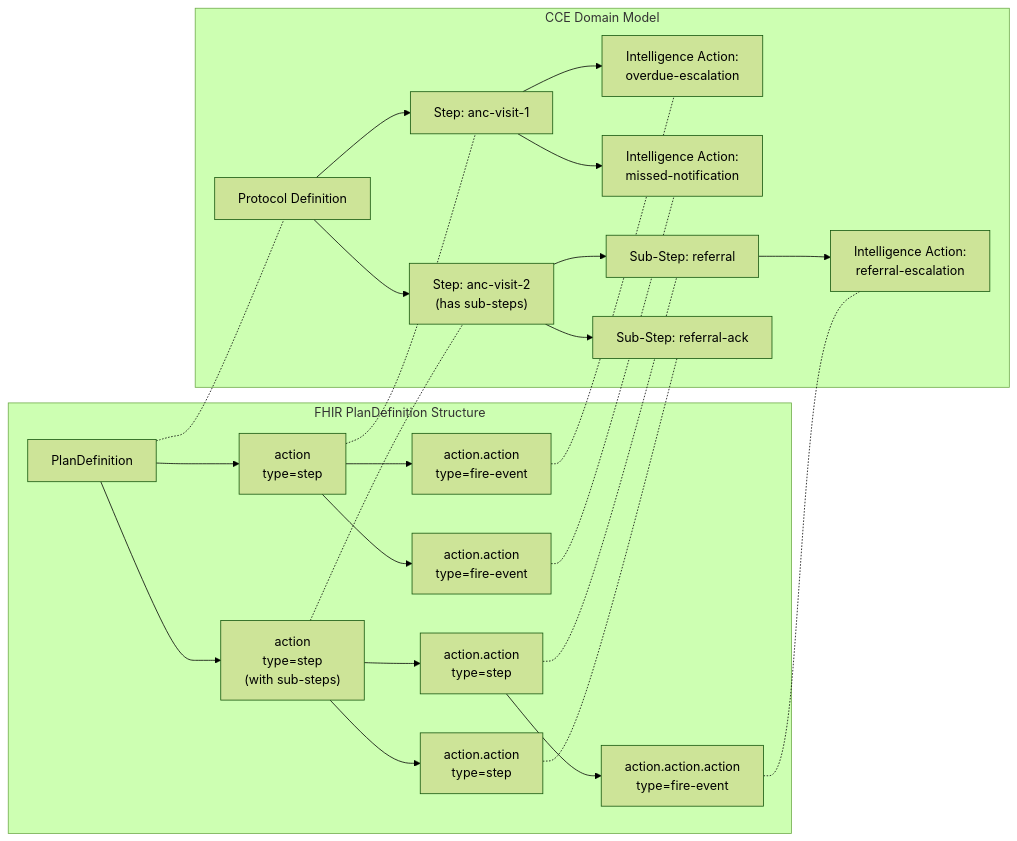
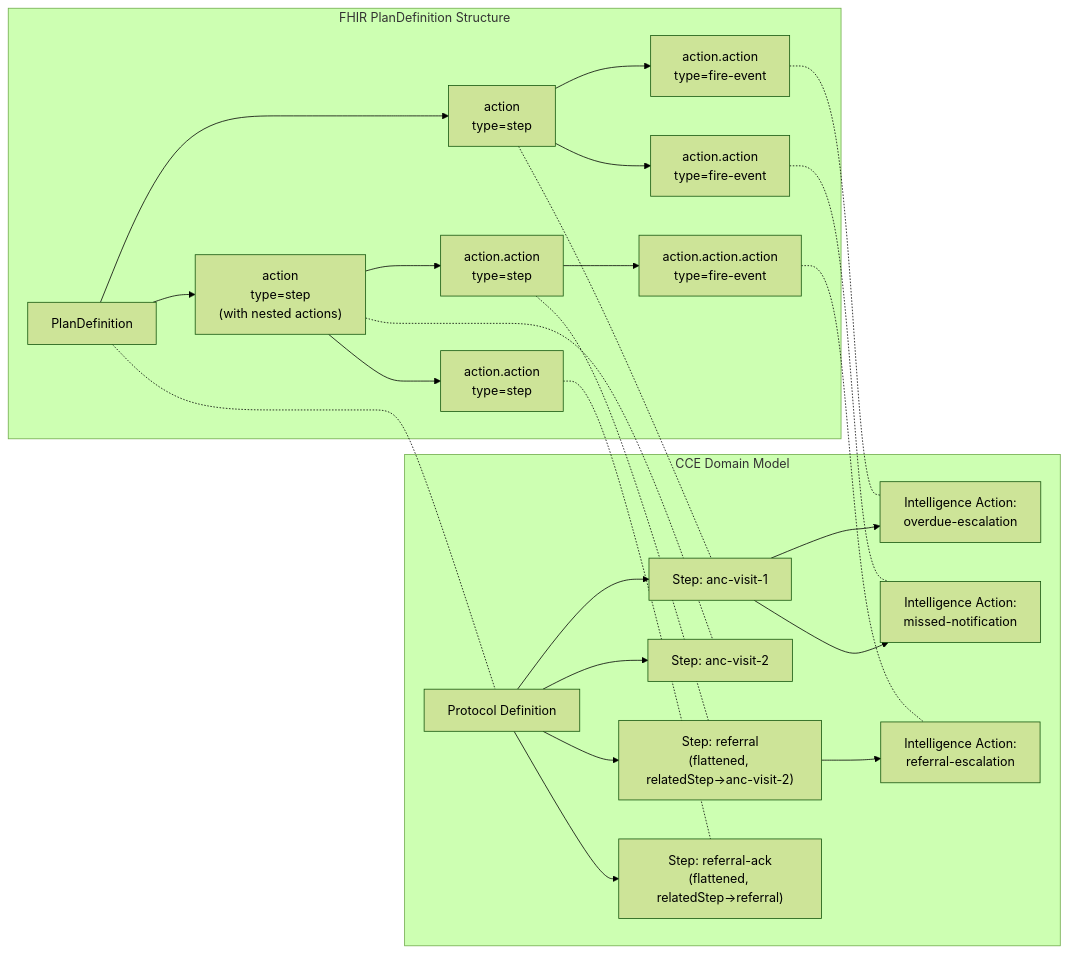
The eighth of 9 diagrams in docs/architecture-overview.md (Jayaprakash8887/cce-compliance-service), drawn with Mermaid (forest theme) before and after one commit. The commit also changed other lines of this file and 7 other files, not shown here.

First line of the commit message:
feat: implement flat sub-step model and actionId validation

````diff
--- a/docs/architecture-overview.md
+++ b/docs/architecture-overview.md
@@ -522,49 +522,49 @@
 ```mermaid
 flowchart LR
     subgraph "FHIR PlanDefinition Structure"
         PD["PlanDefinition"]
         A1["action<br/>type=step"]
-        A2["action<br/>type=step<br/>(with sub-steps)"]
+        A2["action<br/>type=step<br/>(with nested actions)"]
         IA1["action.action<br/>type=fire-event"]
         IA2["action.action<br/>type=fire-event"]  
         SS1["action.action<br/>type=step"]
         SS2["action.action<br/>type=step"]
         IA3["action.action.action<br/>type=fire-event"]
 
         PD --> A1
         PD --> A2
         A1 --> IA1
         A1 --> IA2
         A2 --> SS1
         A2 --> SS2
         SS1 --> IA3
     end
 
     subgraph "CCE Domain Model"
         PROTO["Protocol Definition"]
         S1["Step: anc-visit-1"]
-        S2["Step: anc-visit-2<br/>(has sub-steps)"]
+        S2["Step: anc-visit-2"]
         R1["Intelligence Action:<br/>overdue-escalation"]
         R2["Intelligence Action:<br/>missed-notification"]
-        SUB1["Sub-Step: referral"]
-        SUB2["Sub-Step: referral-ack"]
+        SUB1["Step: referral<br/>(flattened, relatedStep→anc-visit-2)"]
+        SUB2["Step: referral-ack<br/>(flattened, relatedStep→referral)"]
         R3["Intelligence Action:<br/>referral-escalation"]
 
         PROTO --> S1
         PROTO --> S2
+        PROTO --> SUB1
+        PROTO --> SUB2
         S1 --> R1
         S1 --> R2
-        S2 --> SUB1
-        S2 --> SUB2
         SUB1 --> R3
     end
 
     PD -.- PROTO
     A1 -.- S1
     A2 -.- S2
     IA1 -.- R1
     IA2 -.- R2
     SS1 -.- SUB1
     SS2 -.- SUB2
     IA3 -.- R3
 ```
````
